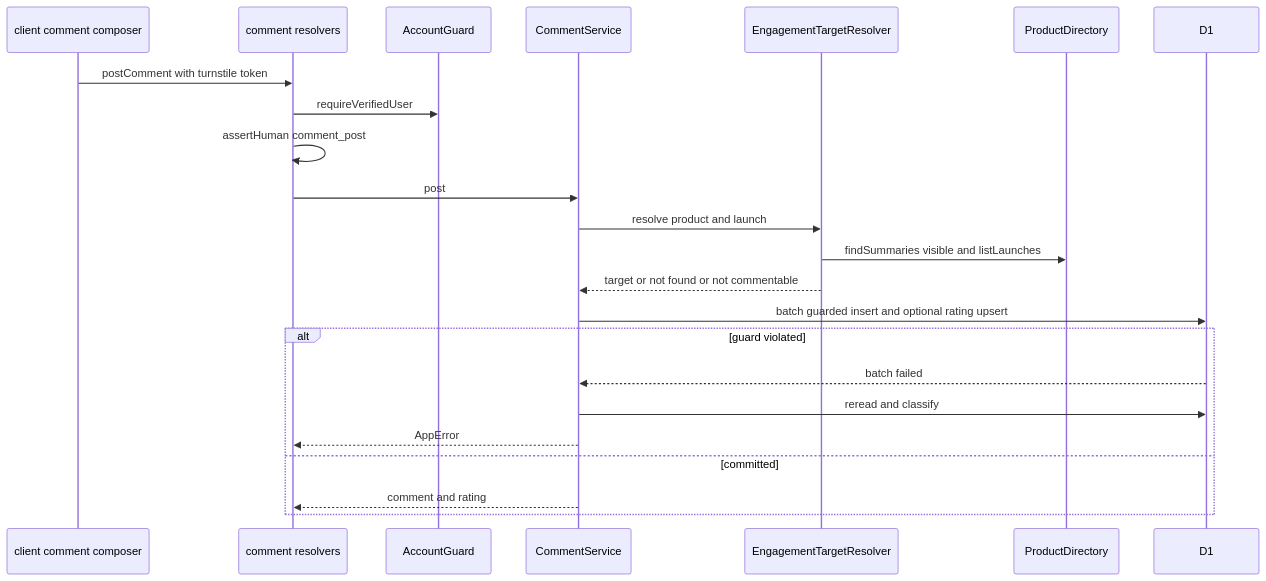
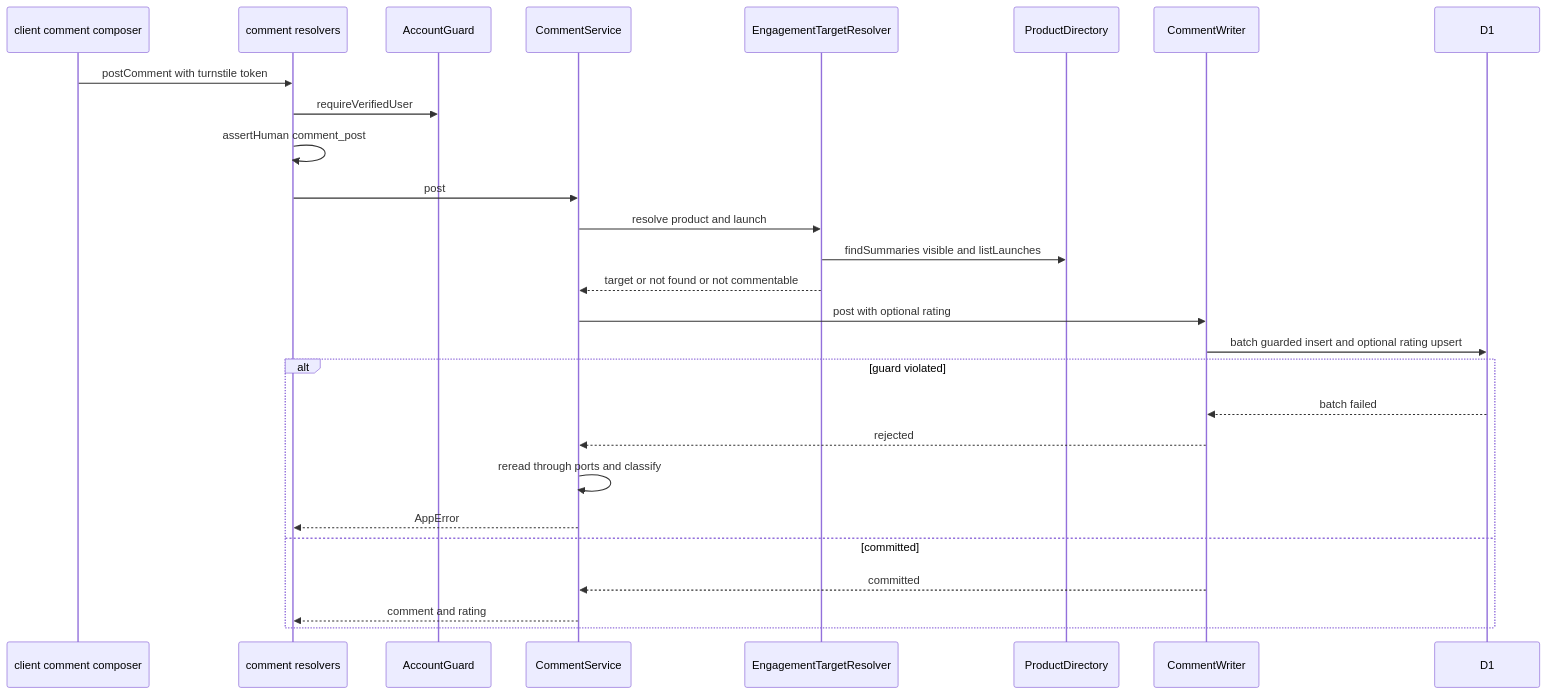
Before and after one commit to kurachiweb/genai-example-2-launch-platform: the second of 5 diagrams in .kiro/specs/engagement/design.md, drawn with Mermaid. The commit also changed other lines of this file and 3 other files, not shown here.

````diff
--- a/.kiro/specs/engagement/design.md
+++ b/.kiro/specs/engagement/design.md
@@ -279,25 +293,29 @@
 ```mermaid
 sequenceDiagram
     participant C as client comment composer
     participant R as comment resolvers
     participant G as AccountGuard
     participant S as CommentService
     participant T as EngagementTargetResolver
     participant P as ProductDirectory
+    participant W as CommentWriter
     participant D as D1
     C->>R: postComment with turnstile token
     R->>G: requireVerifiedUser
     R->>R: assertHuman comment_post
     R->>S: post
     S->>T: resolve product and launch
     T->>P: findSummaries visible and listLaunches
     T-->>S: target or not found or not commentable
-    S->>D: batch guarded insert and optional rating upsert
+    S->>W: post with optional rating
+    W->>D: batch guarded insert and optional rating upsert
     alt guard violated
-        D-->>S: batch failed
-        S->>D: reread and classify
+        D-->>W: batch failed
+        W-->>S: rejected
+        S->>S: reread through ports and classify
         S-->>R: AppError
     else committed
+        W-->>S: committed
         S-->>R: comment and rating
     end
 ```
````
